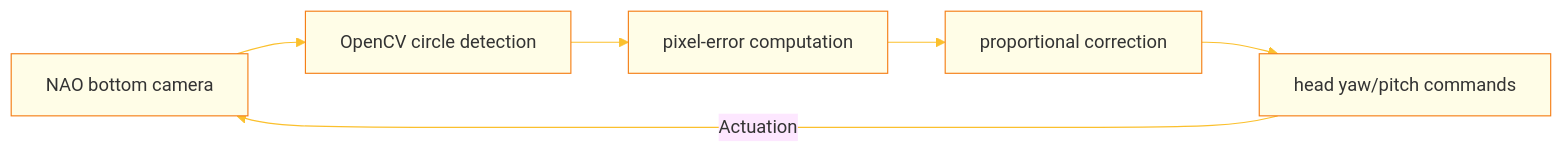
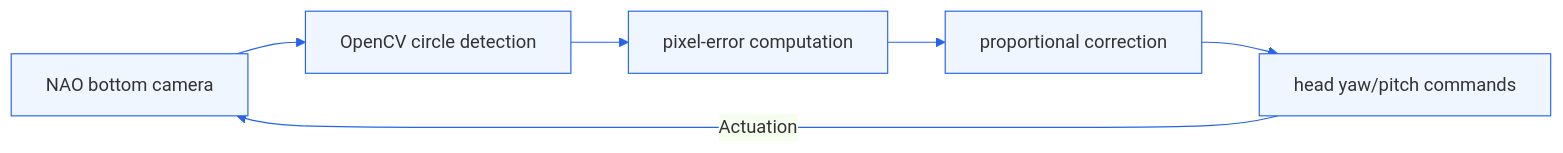
One commit to mtorun0x7cd/nao-ball-pickup changed the diagram in README.md. Above: the diagram before and after it, drawn with Mermaid. The commit also changed 4 other files, not shown here.

Commit message:
docs: recolour the social preview and signal-flow diagram to the brand accent

````diff
--- a/README.md
+++ b/README.md
@@ -77,9 +77,9 @@
 ```mermaid
-%%{init: {'theme': 'base', 'themeVariables': { 'primaryColor': '#FFFDE7', 'edgeColor': '#FBC02D', 'primaryBorderColor': '#F57F17', 'lineColor': '#FBC02D', 'textColor': '#3E2723' }}}%%
+%%{init: {'theme': 'base', 'themeVariables': { 'primaryColor': '#EFF6FF', 'edgeColor': '#2563EB', 'primaryBorderColor': '#2563EB', 'lineColor': '#2563EB', 'textColor': '#0F172A' }}}%%
 graph LR
     Camera[NAO bottom camera] --> OpenCV[OpenCV circle detection]
     OpenCV --> Error[pixel-error computation]
     Error --> P[proportional correction]
     P --> JointCmds[head yaw/pitch commands]
     JointCmds -->|Actuation| Camera
 ```
````
